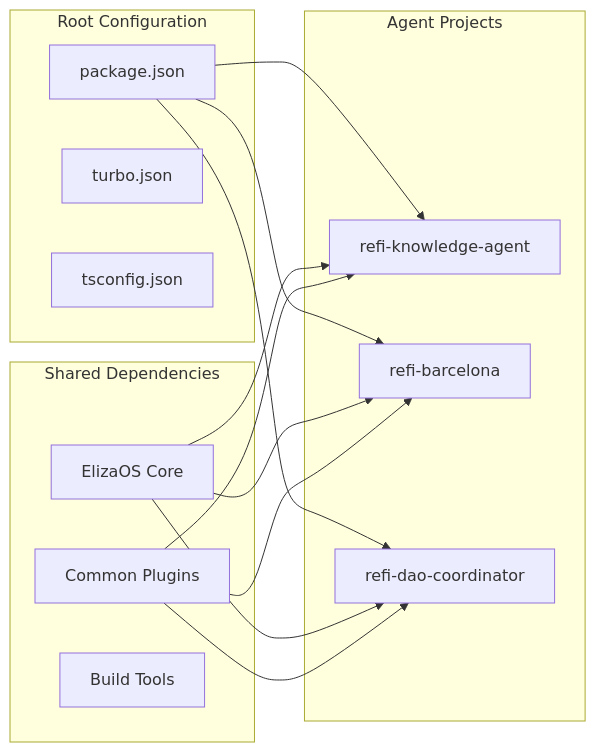
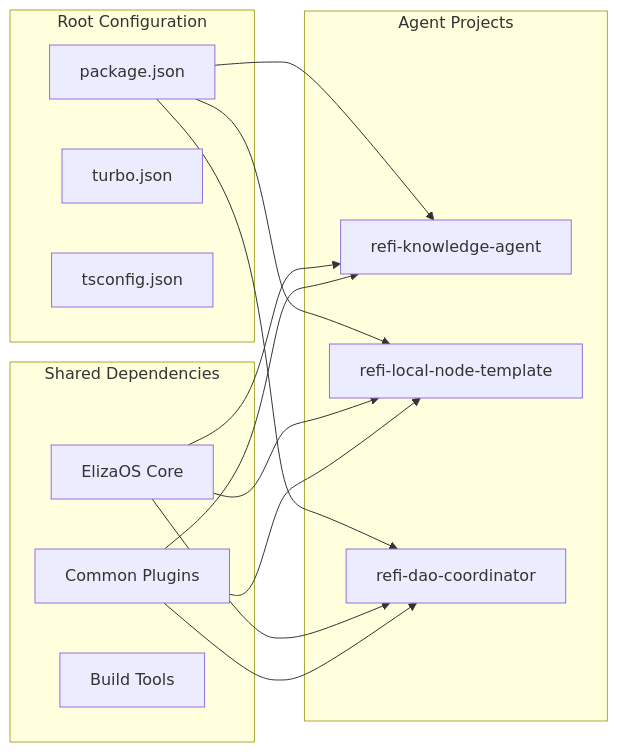
The ninth of 9 diagrams in README.md (ReFiDAO/regen_eliza-refi_dao), drawn with Mermaid before and after one commit. The commit also changed other lines of this file, not shown here.

First line of the commit message:
docs: update README to reflect refi-local-node-template and improve diagram vertical flow

````diff
--- a/README.md
+++ b/README.md
@@ -831,32 +854,32 @@
 ```mermaid
 graph LR
     subgraph "Root Configuration"
         RC1[package.json]
         RC2[turbo.json]
         RC3[tsconfig.json]
     end
     
     subgraph "Agent Projects"
         AP1[refi-knowledge-agent]
-        AP2[refi-barcelona]
+        AP2[refi-local-node-template]
         AP3[refi-dao-coordinator]
     end
     
     subgraph "Shared Dependencies"
         SD1[ElizaOS Core]
         SD2[Common Plugins]
         SD3[Build Tools]
     end
     
     RC1 --> AP1
     RC1 --> AP2
     RC1 --> AP3
     
     SD1 --> AP1
     SD1 --> AP2
     SD1 --> AP3
     
     SD2 --> AP1
     SD2 --> AP2
     SD2 --> AP3
 ```
````
